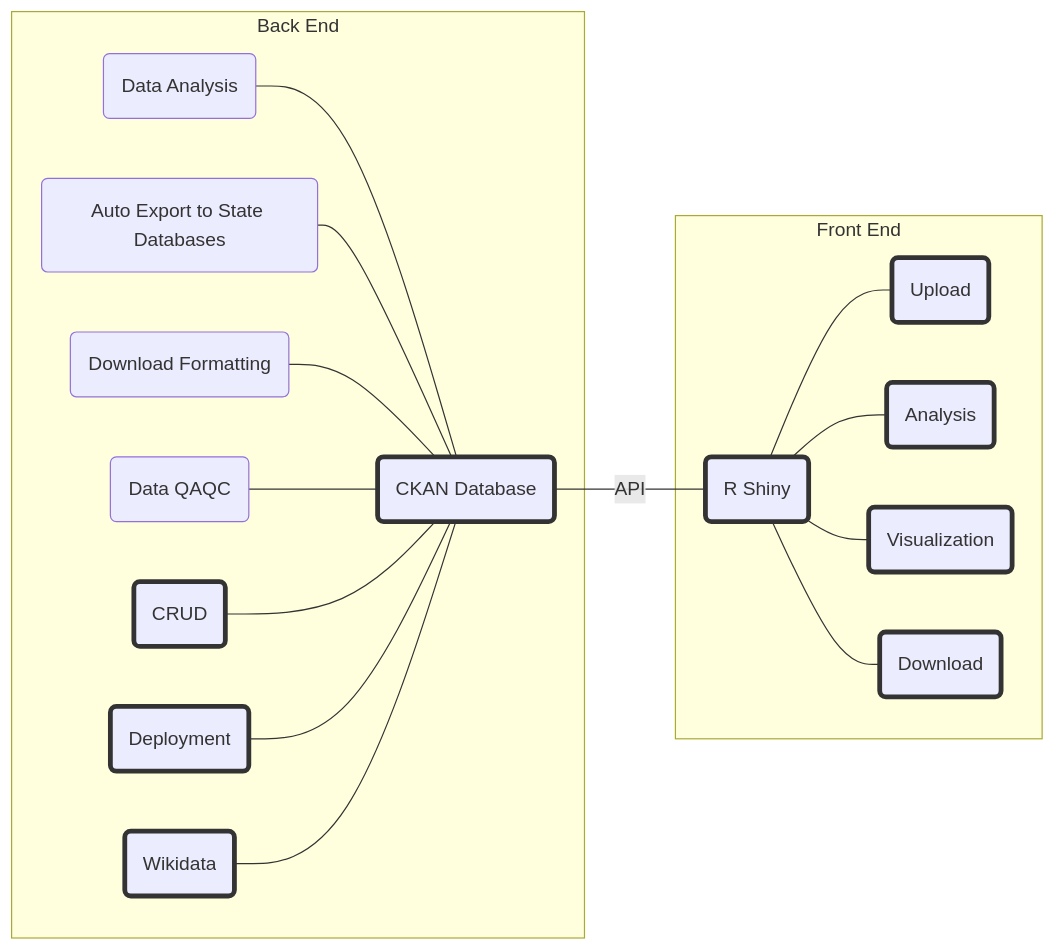
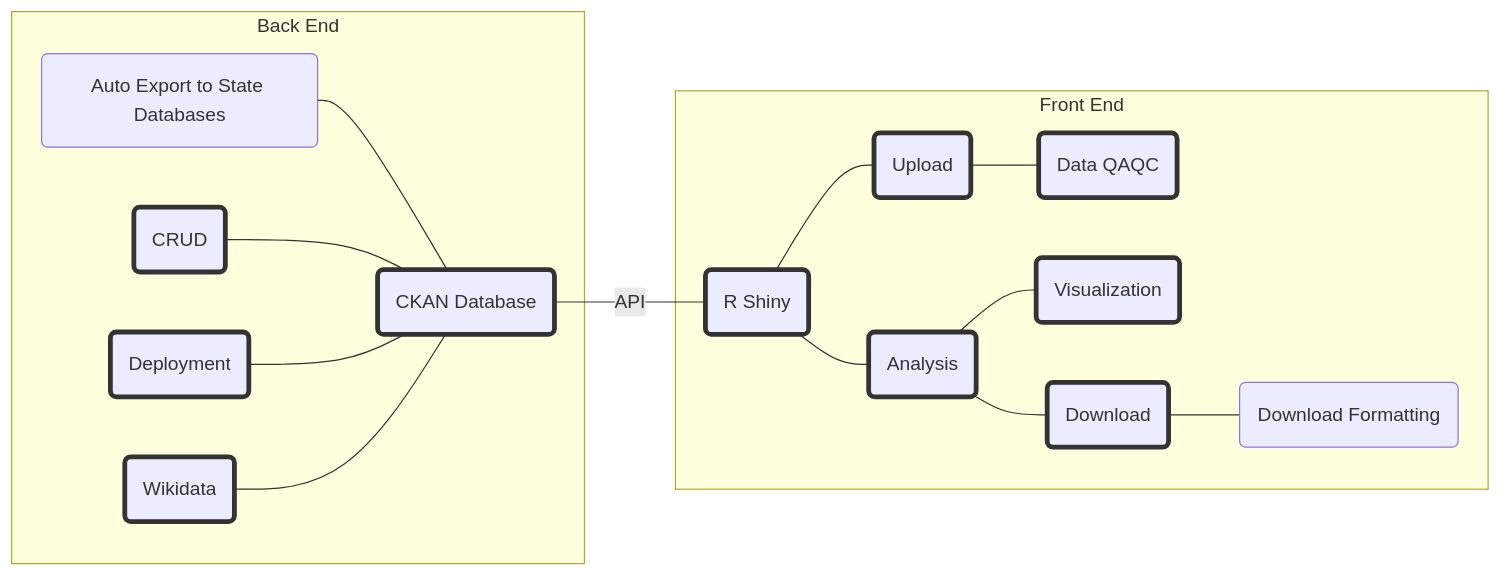
The second of 3 diagrams in README.md (Moore-Institute-4-Plastic-Pollution-Res/Microplastic_Data_Portal), drawn with Mermaid before and after one commit. The commit also changed other lines of this file, not shown here.

````diff
--- a/README.md
+++ b/README.md
@@ -147,37 +147,39 @@
 ```mermaid
 graph LR
     B(CKAN Database)--API---I(R Shiny);
       subgraph Back End
-      A(Data Analysis)---B;
       C(Auto Export to State Databases)---B;
-      D(Download Formatting)---B;
-      E(Data QAQC)---B;
       F(CRUD)---B;
       G(Deployment)---B;
       H(Wikidata)---B;
       end
       subgraph Front End
       I---J(Upload);
+      J---E(Data QAQC);
       I---K(Analysis);
-      I---L(Visualization);
-      I---M(Download);
+      K---L(Visualization);
+      K---M(Download);
+      M---D(Download Formatting);
       end
       click B href "https://github.com/ckan/ckan" _blank
       click I "https://shiny.rstudio.com/" "R Shiny"
       click L "https://plotly.com/r/" "Plotly"
       click H "https://www.wikidata.org/wiki/Wikidata:Main_Page" "Wikidata"
       click J "https://shiny.rstudio.com/gallery/file-upload.html" "Upload"
       click M "https://shiny.rstudio.com/gallery/file-download.html" "Download"
       click K "https://www.tidyverse.org/" "tidyverse"
       click F "https://github.com/ropensci/ckanr"
       click G "https://docs.ckan.org/en/2.9/maintaining/installing/install-from-docker-compose.html"
+      click E "https://wincowger.shinyapps.io/validate"
       style B stroke:#333,stroke-width:4px
       style H stroke:#333,stroke-width:4px
       style F stroke:#333,stroke-width:4px
       style G stroke:#333,stroke-width:4px
       style I stroke:#333,stroke-width:4px
       style L stroke:#333,stroke-width:4px
       style J stroke:#333,stroke-width:4px
       style M stroke:#333,stroke-width:4px
       style K stroke:#333,stroke-width:4px
+      style E stroke:#333,stroke-width:4px
+
 ```
````
